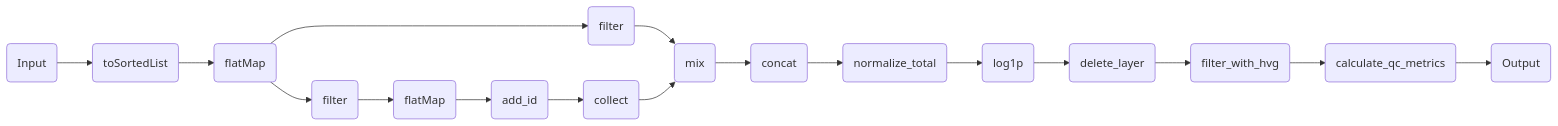
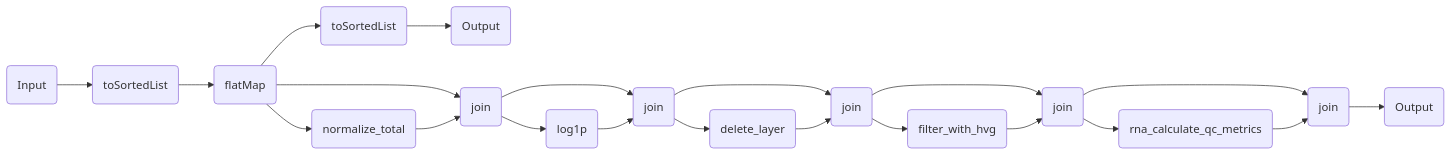
One commit to openpipelines-bio/website changed the diagram in components/workflows/multiomics/rna_multisample.qmd. Above: the diagram before and after it, drawn with Mermaid. The commit also changed other lines of this file and 92 other files, not shown here.

````diff
--- a/components/workflows/multiomics/rna_multisample.qmd
+++ b/components/workflows/multiomics/rna_multisample.qmd
@@ -134,37 +123,41 @@
 ```{mermaid}
 %%| column: screen-inset-shaded
 flowchart LR
     p0(Input)
     p3(toSortedList)
     p5(flatMap)
-    p9(filter)
-    p11(flatMap)
-    p17(add_id)
-    p21(collect)
-    p24(mix)
-    p23(filter)
-    p31(concat)
-    p41(normalize_total)
-    p51(log1p)
-    p61(delete_layer)
-    p71(filter_with_hvg)
-    p81(calculate_qc_metrics)
-    p89(Output)
-    p23-->p24
+    p7(toSortedList)
+    p9(Output)
+    p15(normalize_total)
+    p17(join)
+    p25(log1p)
+    p27(join)
+    p35(delete_layer)
+    p37(join)
+    p45(filter_with_hvg)
+    p47(join)
+    p55(rna_calculate_qc_metrics)
+    p57(join)
+    p64(Output)
     p0-->p3
     p3-->p5
-    p5-->p9
-    p5-->p23
-    p9-->p11
-    p11-->p17
-    p17-->p21
-    p21-->p24
-    p24-->p31
-    p31-->p41
-    p41-->p51
-    p51-->p61
-    p61-->p71
-    p71-->p81
-    p81-->p89
+    p5-->p7
+    p7-->p9
+    p5-->p17
+    p5-->p15
+    p15-->p17
+    p17-->p27
+    p17-->p25
+    p25-->p27
+    p27-->p37
+    p27-->p35
+    p35-->p37
+    p37-->p47
+    p37-->p45
+    p45-->p47
+    p47-->p57
+    p47-->p55
+    p55-->p57
+    p57-->p64
 
 ```
````
